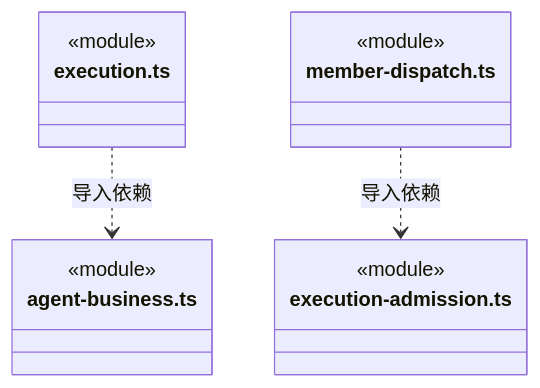
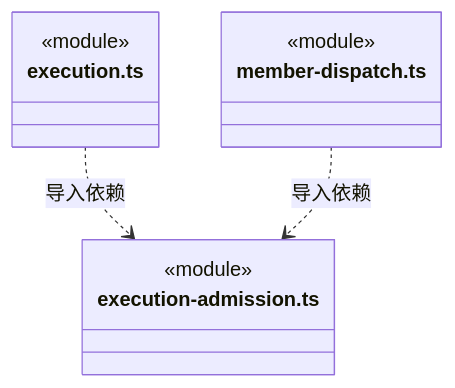
One commit to nan023062/cbim changed diagram 11 of 11 in src/logic/application/assembly/ARCHITECTURE.md. Above: the diagram before and after it, drawn with Mermaid. The commit also changed other lines of this file and 112 other files, not shown here.

Commit message:
docs: align source architecture with current declarations and contracts

````diff
--- a/src/logic/application/assembly/ARCHITECTURE.md
+++ b/src/logic/application/assembly/ARCHITECTURE.md
@@ -340,17 +340,14 @@
 ```mermaid
 classDiagram
 class N_src_logic_application_assembly_execution_ts["execution.ts"] {
   <<module>>
 }
-class N_src_logic_application_assembly_agent_business_ts["agent-business.ts"] {
+class N_src_logic_application_assembly_execution_admission_ts["execution-admission.ts"] {
   <<module>>
 }
 class N_src_logic_application_assembly_member_dispatch_ts["member-dispatch.ts"] {
   <<module>>
 }
-class N_src_logic_application_assembly_execution_admission_ts["execution-admission.ts"] {
-  <<module>>
-}
-N_src_logic_application_assembly_execution_ts ..> N_src_logic_application_assembly_agent_business_ts : 导入依赖
+N_src_logic_application_assembly_execution_ts ..> N_src_logic_application_assembly_execution_admission_ts : 导入依赖
 N_src_logic_application_assembly_member_dispatch_ts ..> N_src_logic_application_assembly_execution_admission_ts : 导入依赖
 ```
````
